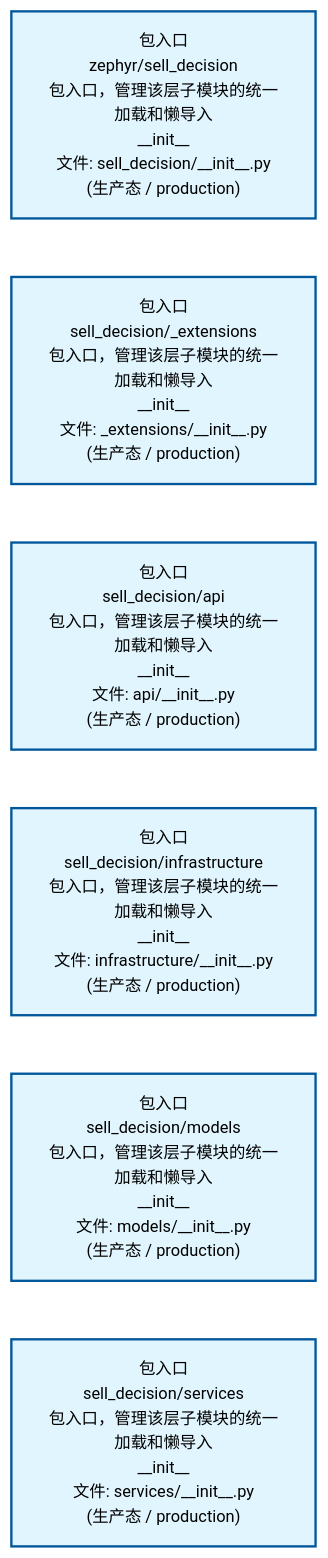
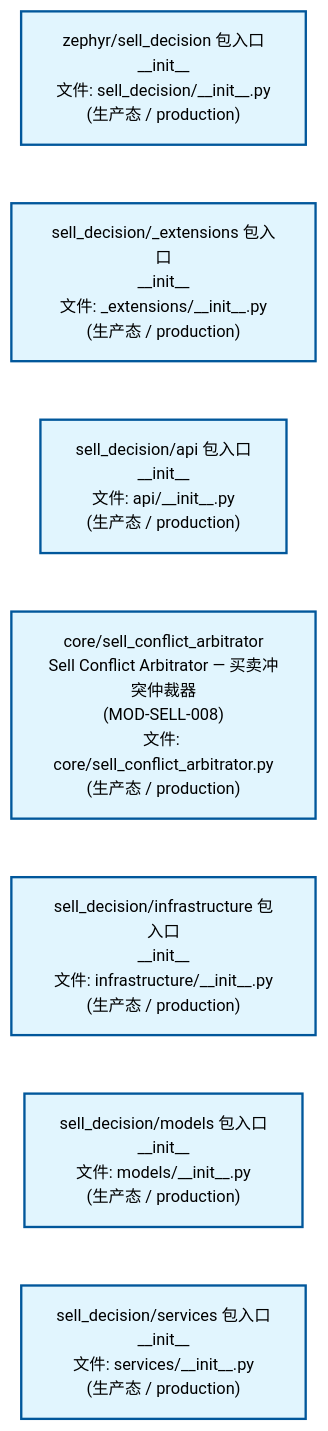
The second of 4 diagrams in docs/02_enterprise_architecture/02_domain_architecture_docs/67_d_sell_decision.md (xuanFelixVan/ZephyrAlpha), drawn with Mermaid before and after one commit. The commit also changed other lines of this file and 61 other files, not shown here.

````diff
--- a/docs/02_enterprise_architecture/02_domain_architecture_docs/67_d_sell_decision.md
+++ b/docs/02_enterprise_architecture/02_domain_architecture_docs/67_d_sell_decision.md
@@ -124,20 +129,22 @@
 ```mermaid
 %%{init: {'theme': 'base', 'themeVariables': {'primaryColor': '#eaeaea', 'primaryTextColor': '#333333', 'primaryBorderColor': '#666666', 'lineColor': '#666666', 'secondaryColor': '#eaeaea', 'tertiaryColor': '#eaeaea', 'fontSize': '14px'}}}%%
 flowchart TD
-    src_zephyr_sell_decision_init_py["包入口<br/>zephyr/sell_decision<br/>包入口，管理该层子模块的统一加载和懒导入<br/>__init__<br/>文件: sell_decision/__init__.py<br/>(生产态 / production)"]
-    src_zephyr_sell_decision_extensions_init_py["包入口<br/>sell_decision/_extensions<br/>包入口，管理该层子模块的统一加载和懒导入<br/>__init__<br/>文件: _extensions/__init__.py<br/>(生产态 / production)"]
-    src_zephyr_sell_decision_api_init_py["包入口<br/>sell_decision/api<br/>包入口，管理该层子模块的统一加载和懒导入<br/>__init__<br/>文件: api/__init__.py<br/>(生产态 / production)"]
-    src_zephyr_sell_decision_infrastructure_init_py["包入口<br/>sell_decision/infrastructure<br/>包入口，管理该层子模块的统一加载和懒导入<br/>__init__<br/>文件: infrastructure/__init__.py<br/>(生产态 / production)"]
-    src_zephyr_sell_decision_models_init_py["包入口<br/>sell_decision/models<br/>包入口，管理该层子模块的统一加载和懒导入<br/>__init__<br/>文件: models/__init__.py<br/>(生产态 / production)"]
-    src_zephyr_sell_decision_services_init_py["包入口<br/>sell_decision/services<br/>包入口，管理该层子模块的统一加载和懒导入<br/>__init__<br/>文件: services/__init__.py<br/>(生产态 / production)"]
+    src_zephyr_sell_decision_init_py["zephyr/sell_decision 包入口<br/>__init__<br/>文件: sell_decision/__init__.py<br/>(生产态 / production)"]
+    src_zephyr_sell_decision_extensions_init_py["sell_decision/_extensions 包入口<br/>__init__<br/>文件: _extensions/__init__.py<br/>(生产态 / production)"]
+    src_zephyr_sell_decision_api_init_py["sell_decision/api 包入口<br/>__init__<br/>文件: api/__init__.py<br/>(生产态 / production)"]
+    src_zephyr_sell_decision_core_sell_conflict_arbitrator_py["core/sell_conflict_arbitrator<br/>Sell Conflict Arbitrator — 买卖冲突仲裁器<br/>(MOD-SELL-008)<br/>文件: core/sell_conflict_arbitrator.py<br/>(生产态 / production)"]
+    src_zephyr_sell_decision_infrastructure_init_py["sell_decision/infrastructure 包入口<br/>__init__<br/>文件: infrastructure/__init__.py<br/>(生产态 / production)"]
+    src_zephyr_sell_decision_models_init_py["sell_decision/models 包入口<br/>__init__<br/>文件: models/__init__.py<br/>(生产态 / production)"]
+    src_zephyr_sell_decision_services_init_py["sell_decision/services 包入口<br/>__init__<br/>文件: services/__init__.py<br/>(生产态 / production)"]
     src_zephyr_sell_decision_init_py ~~~ src_zephyr_sell_decision_extensions_init_py
     src_zephyr_sell_decision_extensions_init_py ~~~ src_zephyr_sell_decision_api_init_py
-    src_zephyr_sell_decision_api_init_py ~~~ src_zephyr_sell_decision_infrastructure_init_py
+    src_zephyr_sell_decision_api_init_py ~~~ src_zephyr_sell_decision_core_sell_conflict_arbitrator_py
+    src_zephyr_sell_decision_core_sell_conflict_arbitrator_py ~~~ src_zephyr_sell_decision_infrastructure_init_py
     src_zephyr_sell_decision_infrastructure_init_py ~~~ src_zephyr_sell_decision_models_init_py
     src_zephyr_sell_decision_models_init_py ~~~ src_zephyr_sell_decision_services_init_py
     classDef production fill:#e1f5fe,stroke:#01579b,stroke-width:2px,color:#000
     classDef design fill:#fff3e0,stroke:#e65100,stroke-width:2px,color:#000,stroke-dasharray: 5 5
     classDef external_prod fill:#e8f4fd,stroke:#0277bd,stroke-width:1px,color:#000
     classDef external_design fill:#fff8e7,stroke:#ef6c00,stroke-width:1px,color:#000,stroke-dasharray: 5 5
-    class src_zephyr_sell_decision_init_py,src_zephyr_sell_decision_extensions_init_py,src_zephyr_sell_decision_api_init_py,src_zephyr_sell_decision_infrastructure_init_py,src_zephyr_sell_decision_models_init_py,src_zephyr_sell_decision_services_init_py production
+    class src_zephyr_sell_decision_init_py,src_zephyr_sell_decision_extensions_init_py,src_zephyr_sell_decision_api_init_py,src_zephyr_sell_decision_core_sell_conflict_arbitrator_py,src_zephyr_sell_decision_infrastructure_init_py,src_zephyr_sell_decision_models_init_py,src_zephyr_sell_decision_services_init_py production
 ```
````
